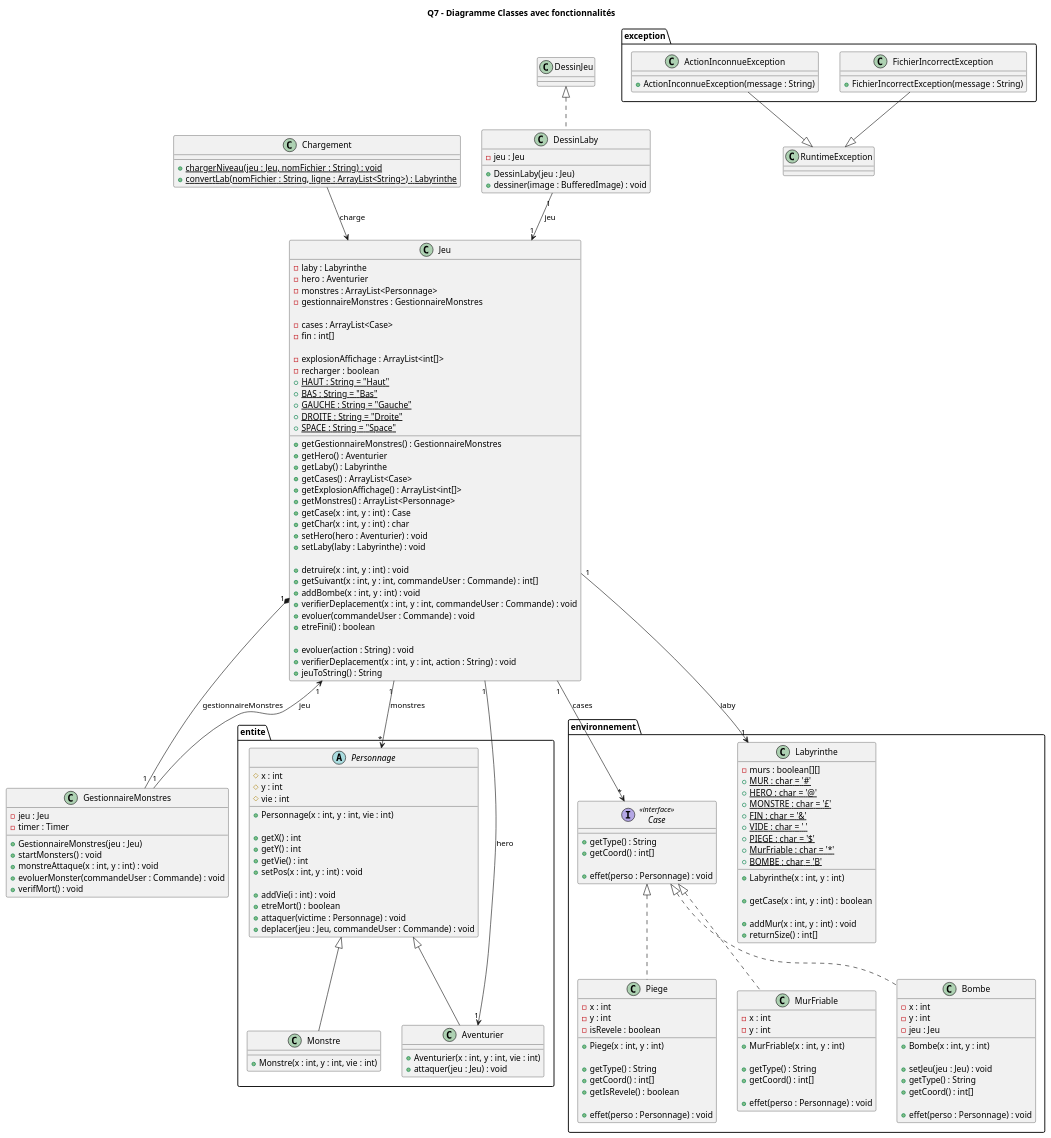
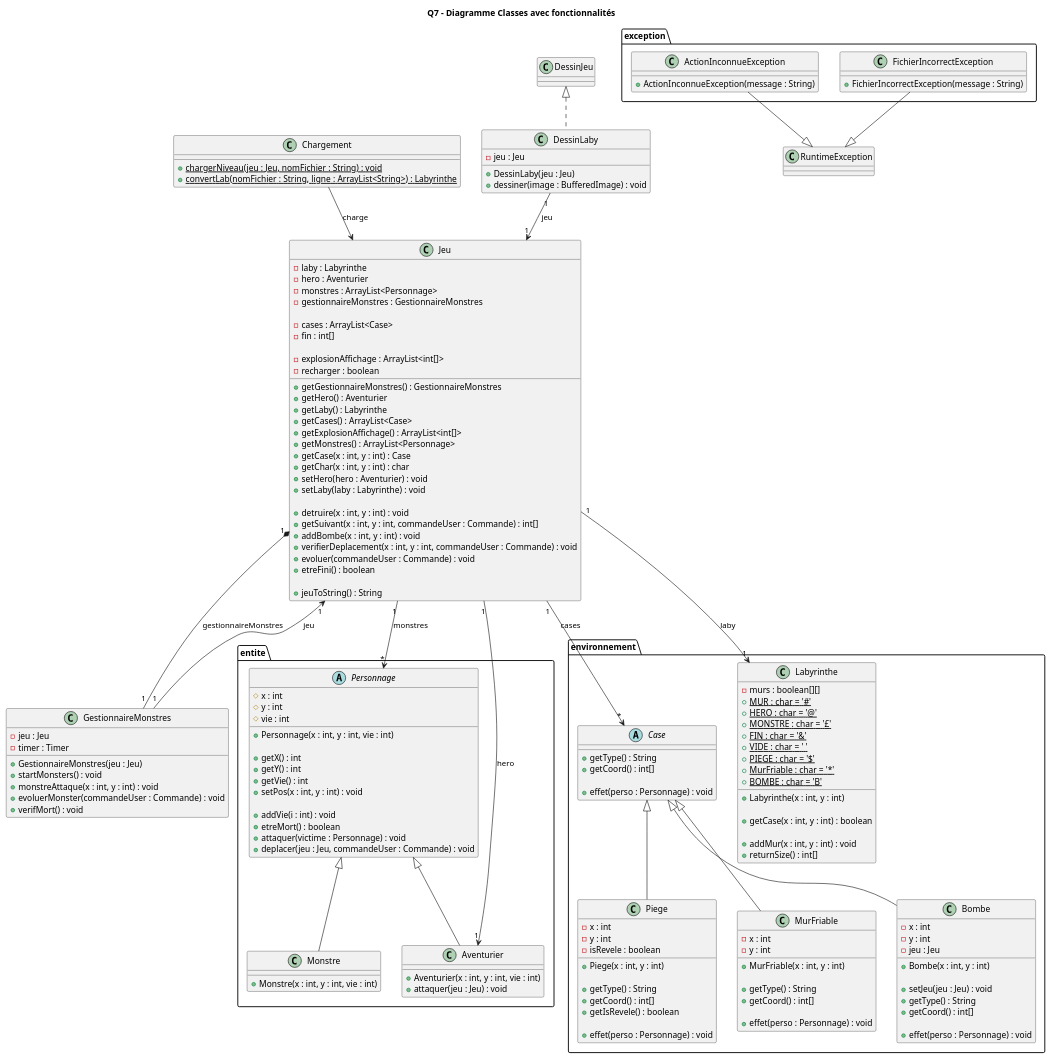
One commit to lucas-martinati-pro/SAE_S2.01_Zeldiablo-LucasM_JeanLM_PierreGSV changed the diagram in documents/version_2/Q7 - Diagramme Classes avec fonctionnalités.puml. Above: the diagram before and after it, drawn with PlantUML. The commit also changed 9 other files, not shown here.

```diff
--- a/documents/version_2/Q7 - Diagramme Classes avec fonctionnalités.puml
+++ b/documents/version_2/Q7 - Diagramme Classes avec fonctionnalités.puml
@@ -12,11 +12,6 @@
 
     - explosionAffichage : ArrayList<int[]>
     - recharger : boolean
-    + {static} HAUT : String = "Haut"
-    + {static} BAS : String = "Bas"
-    + {static} GAUCHE : String = "Gauche"
-    + {static} DROITE : String = "Droite"
-    + {static} SPACE : String = "Space"
 
     + getGestionnaireMonstres() : GestionnaireMonstres
     + getHero() : Aventurier
@@ -36,8 +31,6 @@
     + evoluer(commandeUser : Commande) : void
     + etreFini() : boolean
 
-    + evoluer(action : String) : void
-    + verifierDeplacement(x : int, y : int, action : String) : void
     + jeuToString() : String
 }
 
@@ -95,7 +88,7 @@
 
 package "environnement" {
 
-    interface Case <<interface>> {
+    abstract class Case {
         + getType() : String
         + getCoord() : int[]
 
@@ -162,10 +155,6 @@
     }
 }
 
-Case <|.. Piege
-Case <|.. MurFriable
-Case <|.. Bombe
-
 package "exception" {
     class ActionInconnueException {
         + ActionInconnueException(message : String)
@@ -179,6 +168,10 @@
 ' ========================
 ' Relations
 ' ========================
+Case <|-- Piege
+Case <|-- MurFriable
+Case <|-- Bombe
+
 Personnage <|-- Aventurier
 Personnage <|-- Monstre
 
```
